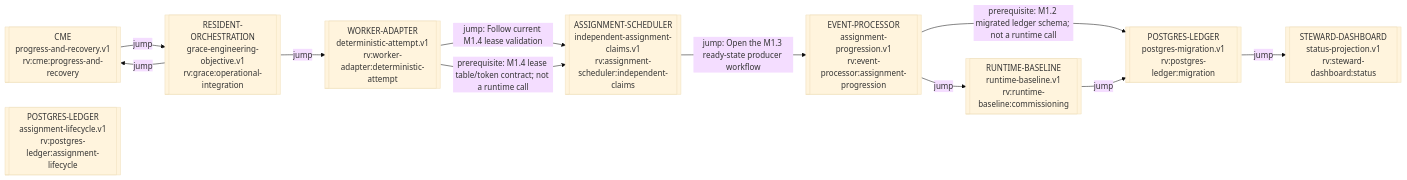
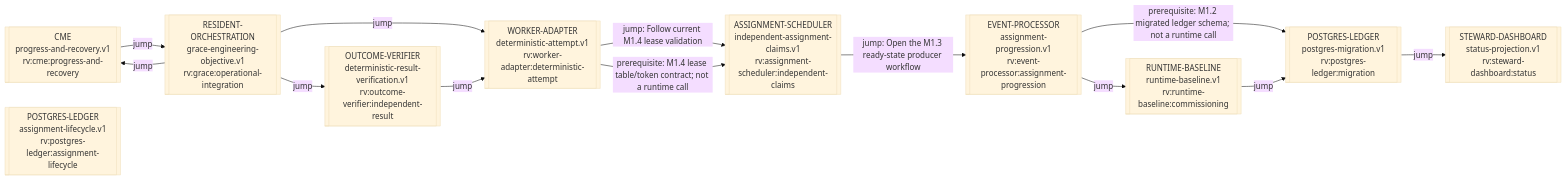
The diagram in process_graphs/generated/RIVERVIEW_PROCESS_GRAPH.md (ppow1/Riverview-), drawn with Mermaid (base theme) before and after one commit. The commit also changed other lines of this file and 43 other files, not shown here.

Commit message:
Implement isolated M2.2 independent outcome verification

````diff
--- a/process_graphs/generated/RIVERVIEW_PROCESS_GRAPH.md
+++ b/process_graphs/generated/RIVERVIEW_PROCESS_GRAPH.md
@@ -9,22 +9,25 @@
 ```mermaid
 flowchart LR
   g_rv_assignment_scheduler_independent_claims_88bd80c4[["ASSIGNMENT-SCHEDULER<br/>independent-assignment-claims.v1<br/>rv:assignment-scheduler:independent-claims"]]
   g_rv_cme_progress_and_recovery_402efffa[["CME<br/>progress-and-recovery.v1<br/>rv:cme:progress-and-recovery"]]
   g_rv_event_processor_assignment_progression_fa10db2d[["EVENT-PROCESSOR<br/>assignment-progression.v1<br/>rv:event-processor:assignment-progression"]]
   g_rv_grace_operational_integration_9989f0be[["RESIDENT-ORCHESTRATION<br/>grace-engineering-objective.v1<br/>rv:grace:operational-integration"]]
+  g_rv_outcome_verifier_independent_result_1d5c0875[["OUTCOME-VERIFIER<br/>deterministic-result-verification.v1<br/>rv:outcome-verifier:independent-result"]]
   g_rv_postgres_ledger_assignment_lifecycle_a9a01b67[["POSTGRES-LEDGER<br/>assignment-lifecycle.v1<br/>rv:postgres-ledger:assignment-lifecycle"]]
   g_rv_postgres_ledger_migration_4c89ef23[["POSTGRES-LEDGER<br/>postgres-migration.v1<br/>rv:postgres-ledger:migration"]]
   g_rv_runtime_baseline_commissioning_46ff1ccf[["RUNTIME-BASELINE<br/>runtime-baseline.v1<br/>rv:runtime-baseline:commissioning"]]
   g_rv_steward_dashboard_status_75f7c259[["STEWARD-DASHBOARD<br/>status-projection.v1<br/>rv:steward-dashboard:status"]]
   g_rv_worker_adapter_deterministic_attempt_15d59b6f[["WORKER-ADAPTER<br/>deterministic-attempt.v1<br/>rv:worker-adapter:deterministic-attempt"]]
   g_rv_assignment_scheduler_independent_claims_88bd80c4 -->|jump: Open the M1.3 ready-state producer workflow| g_rv_event_processor_assignment_progression_fa10db2d
   g_rv_cme_progress_and_recovery_402efffa -->|jump| g_rv_grace_operational_integration_9989f0be
   g_rv_event_processor_assignment_progression_fa10db2d -->|prerequisite: M1.2 migrated ledger schema; not a runtime call| g_rv_postgres_ledger_migration_4c89ef23
   g_rv_event_processor_assignment_progression_fa10db2d -->|jump| g_rv_runtime_baseline_commissioning_46ff1ccf
   g_rv_grace_operational_integration_9989f0be -->|jump| g_rv_worker_adapter_deterministic_attempt_15d59b6f
   g_rv_grace_operational_integration_9989f0be -->|jump| g_rv_cme_progress_and_recovery_402efffa
+  g_rv_grace_operational_integration_9989f0be -->|jump| g_rv_outcome_verifier_independent_result_1d5c0875
+  g_rv_outcome_verifier_independent_result_1d5c0875 -->|jump| g_rv_worker_adapter_deterministic_attempt_15d59b6f
   g_rv_postgres_ledger_migration_4c89ef23 -->|jump| g_rv_steward_dashboard_status_75f7c259
   g_rv_runtime_baseline_commissioning_46ff1ccf -->|jump| g_rv_postgres_ledger_migration_4c89ef23
   g_rv_worker_adapter_deterministic_attempt_15d59b6f -->|jump: Follow current M1.4 lease validation| g_rv_assignment_scheduler_independent_claims_88bd80c4
   g_rv_worker_adapter_deterministic_attempt_15d59b6f -->|prerequisite: M1.4 lease table/token contract; not a runtime call| g_rv_assignment_scheduler_independent_claims_88bd80c4
 ```
````
